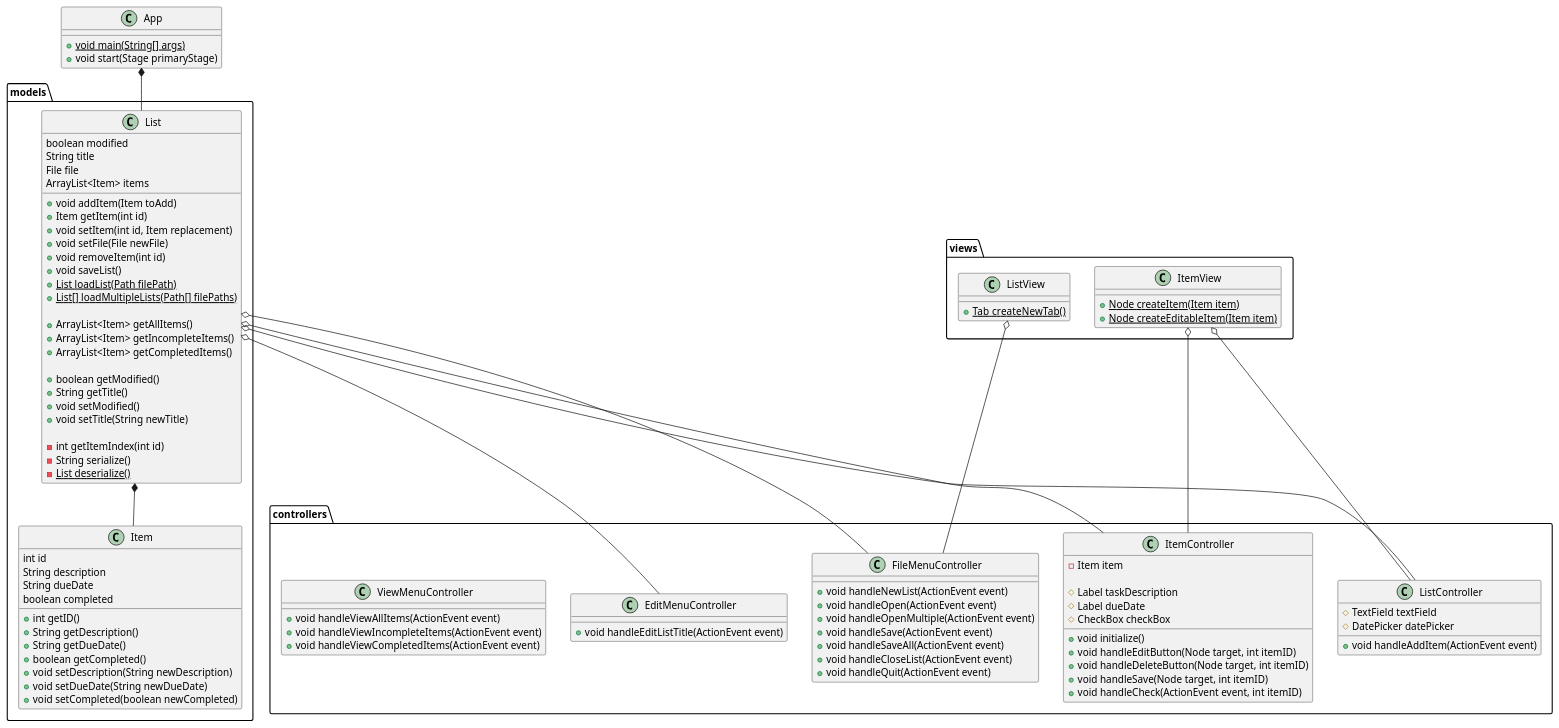
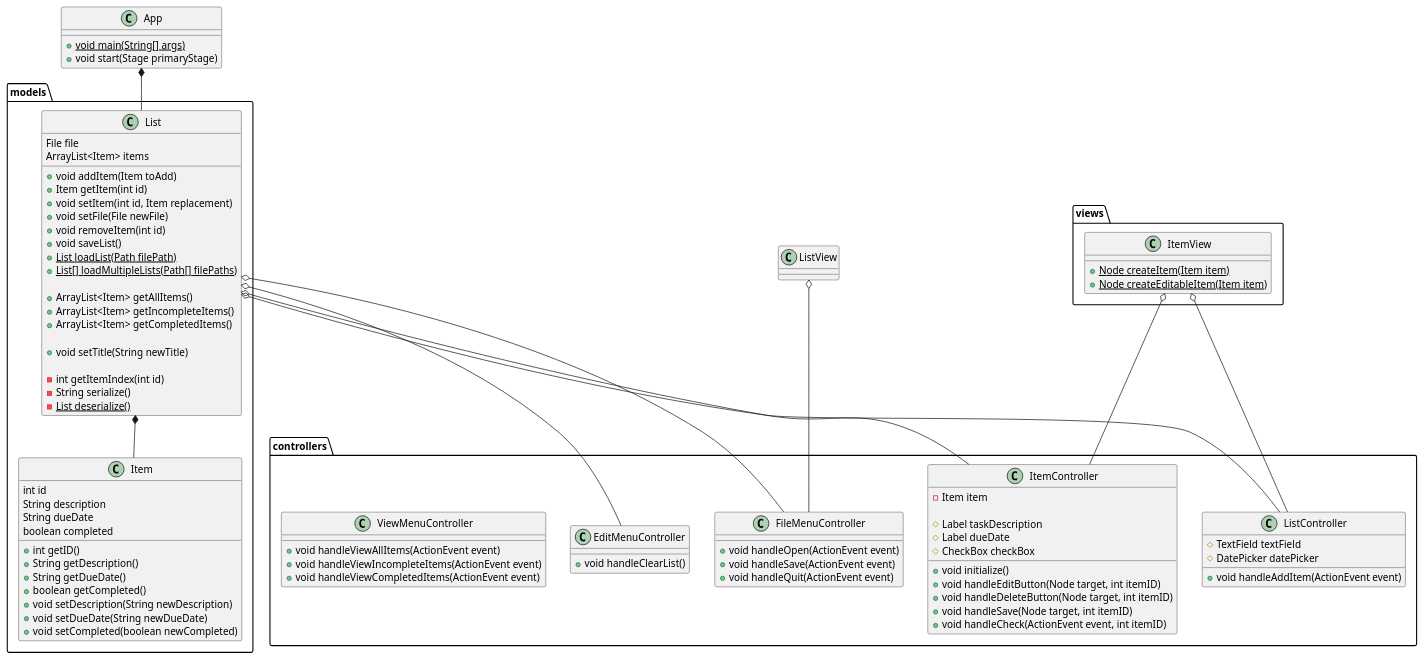
Before and after one commit to brooksmckinley/mckinley-cop3330-assignment4part2: the diagram in uml/Application.puml, drawn with PlantUML. The commit also changed 8 other files, not shown here.

Commit message:
Completed Requirement 6: A user shall be able to clear the list of all items

```diff
--- a/uml/Application.puml
+++ b/uml/Application.puml
@@ -1,131 +1,118 @@
 @startuml
 'https://plantuml.com/class-diagram
 
 'Main entrypoint
 
 class App {
     +{static} void main(String[] args)
     +void start(Stage primaryStage)
 }
 
 'Views
 package views {
     class ItemView {
         +{static} Node createItem(Item item)
         +{static} Node createEditableItem(Item item)
-    }
-
-    class ListView {
-        +{static} Tab createNewTab()
     }
 }
 
 'Controllers
 package controllers {
     class ListController {
         #TextField textField
         #DatePicker datePicker
 
         +void handleAddItem(ActionEvent event)
     }
 
     class ItemController {
         -Item item
 
         #Label taskDescription
         #Label dueDate
         #CheckBox checkBox
 
         +void initialize()
         +void handleEditButton(Node target, int itemID)
         +void handleDeleteButton(Node target, int itemID)
         +void handleSave(Node target, int itemID)
         +void handleCheck(ActionEvent event, int itemID)
     }
 
     class FileMenuController {
-        +void handleNewList(ActionEvent event)
         +void handleOpen(ActionEvent event)
-        +void handleOpenMultiple(ActionEvent event)
         +void handleSave(ActionEvent event)
-        +void handleSaveAll(ActionEvent event)
-        +void handleCloseList(ActionEvent event)
         +void handleQuit(ActionEvent event)
     }
 
     class EditMenuController {
-        +void handleEditListTitle(ActionEvent event)
+        +void handleClearList()
     }
 
     class ViewMenuController {
         +void handleViewAllItems(ActionEvent event)
         +void handleViewIncompleteItems(ActionEvent event)
         +void handleViewCompletedItems(ActionEvent event)
     }
 
 }
 
 'Models
 
 package models {
 
     class List {
-        boolean modified
-        String title
         File file
         ArrayList<Item> items
 
         +void addItem(Item toAdd)
         +Item getItem(int id)
         +void setItem(int id, Item replacement)
         +void setFile(File newFile)
         +void removeItem(int id)
         +void saveList()
         {static} +List loadList(Path filePath)
         {static} +List[] loadMultipleLists(Path[] filePaths)
 
         +ArrayList<Item> getAllItems()
         +ArrayList<Item> getIncompleteItems()
         +ArrayList<Item> getCompletedItems()
 
-        +boolean getModified()
-        +String getTitle()
-        +void setModified()
         +void setTitle(String newTitle)
 
         -int getItemIndex(int id)
         -String serialize()
         -{static} List deserialize()
     }
 
     class Item {
         int id
         String description
         String dueDate
         boolean completed
 
         +int getID()
         +String getDescription()
         +String getDueDate()
         +boolean getCompleted()
         +void setDescription(String newDescription)
         +void setDueDate(String newDueDate)
         +void setCompleted(boolean newCompleted)
     }
 
     List *-- Item
 }
 
 'Cross-Package dependencies
 List o-- ListController
 List o-- FileMenuController
 List o-- EditMenuController
 List o-- ItemController
 ItemView o-- ListController
 ItemView o-- ItemController
 ListView o-- FileMenuController
 
 App *-- List
 
 
 @enduml
```
